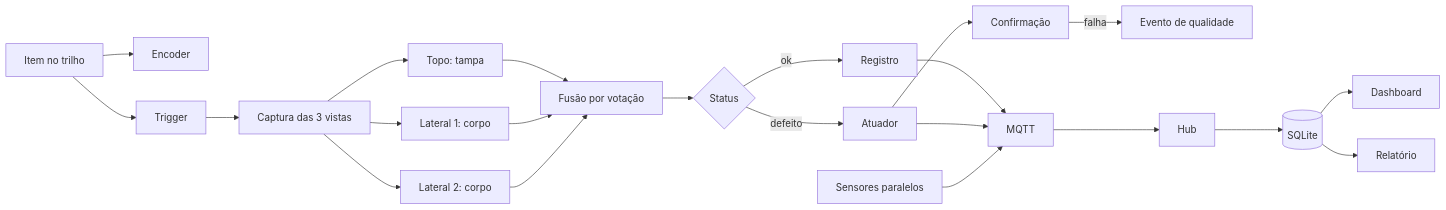
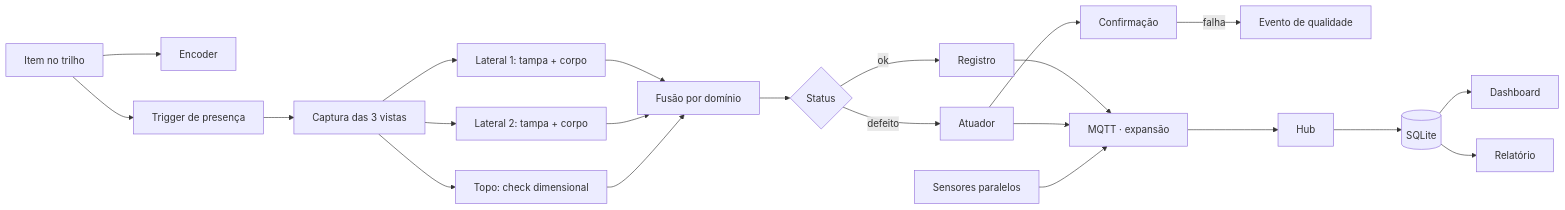
The diagram in README.md (Nertonm/tcc-pnaat), drawn with Mermaid before and after one commit. The commit also changed other lines of this file and 2 other files, not shown here.

````diff
--- a/README.md
+++ b/README.md
@@ -9,24 +9,24 @@
 ```mermaid
 flowchart LR
     item[Item no trilho] --> encoder[Encoder]
-    item --> trigger[Trigger]
+    item --> trigger[Trigger de presença]
     trigger --> captura[Captura das 3 vistas]
-    captura --> cls1[Topo: tampa]
-    captura --> cls2[Lateral 1: corpo]
-    captura --> cls3[Lateral 2: corpo]
-    cls1 --> fusao[Fusão por votação]
+    captura --> cls1[Lateral 1: tampa + corpo]
+    captura --> cls2[Lateral 2: tampa + corpo]
+    captura --> cls3[Topo: check dimensional]
+    cls1 --> fusao[Fusão por domínio]
     cls2 --> fusao
     cls3 --> fusao
     fusao --> decisao{Status}
     decisao -->|ok| reg[Registro]
     decisao -->|defeito| atuador[Atuador]
     atuador --> conf[Confirmação]
     conf -->|falha| qualidade[Evento de qualidade]
-    reg --> mqtt[MQTT]
+    reg --> mqtt[MQTT · expansão]
     atuador --> mqtt
     sensores[Sensores paralelos] --> mqtt
     mqtt --> hub[Hub]
     hub --> db[(SQLite)]
     db --> dash[Dashboard]
     db --> rel[Relatório]
 ```
````
